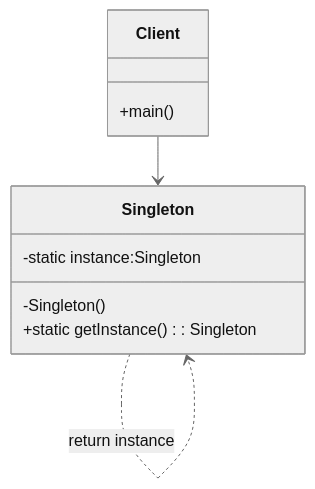
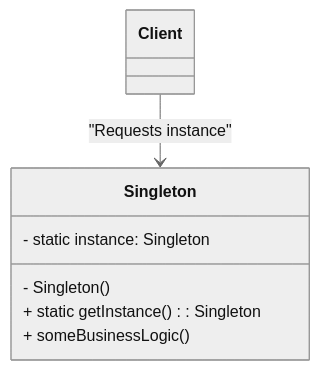
One commit to nguyenphuc22/Design-Patterns changed the third of 6 diagrams in Writerside/topics/Singleton.md. Above: the diagram before and after it, drawn with Mermaid (neutral theme). The commit also changed other lines of this file and 1 other file, not shown here.

Commit message:
Update workspace.xml and Singleton.md files

````diff
--- a/Writerside/topics/Singleton.md
+++ b/Writerside/topics/Singleton.md
@@ -68,16 +42,13 @@
 ```mermaid
 classDiagram
-    direction TB
     class Singleton {
-        -static instance:Singleton
-        -Singleton()
-        +static getInstance() : Singleton
+        - static instance: Singleton
+        - Singleton()
+        + static getInstance(): Singleton
+        + someBusinessLogic()
     }
 
-    class Client {
-        +main()
-    }
+    class Client
 
-    Client --> Singleton
-    Singleton ..> Singleton : return instance
+    Client --> Singleton : "Requests instance"
 ```
````
